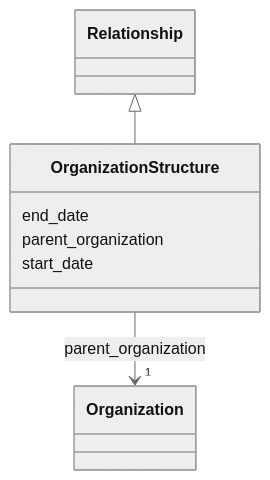
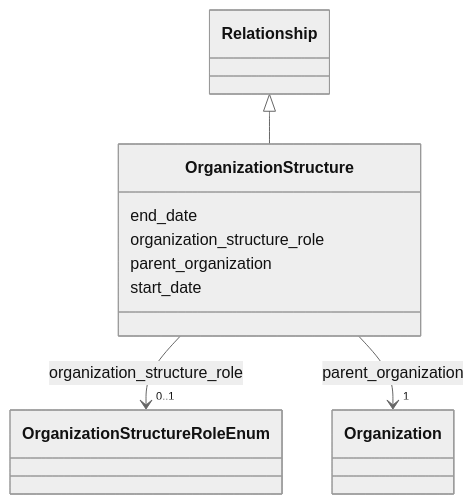
The diagram in docs/classes/OrganizationStructure.md (DARIAH-IL/idhi-manifests), drawn with Mermaid (neutral theme) before and after one commit. The commit also changed other lines of this file and 60 other files, not shown here.

````diff
--- a/docs/classes/OrganizationStructure.md
+++ b/docs/classes/OrganizationStructure.md
@@ -22,28 +22,41 @@
 ```mermaid
  classDiagram
     class OrganizationStructure
       Relationship <|-- OrganizationStructure
         click Relationship href "../../classes/Relationship/"
       
 
       
 
       OrganizationStructure : end_date
+        
+      OrganizationStructure : organization_structure_role
+        
+          
+    
+        
+        
+        OrganizationStructure --> "0..1" OrganizationStructureRoleEnum : organization_structure_role
+        
+        click OrganizationStructureRoleEnum href "../../enums/OrganizationStructureRoleEnum/"
+        
+    
+
         
       OrganizationStructure : parent_organization
         
           
     
         
         
         OrganizationStructure --> "1" Organization : parent_organization
         
         click Organization href "../../classes/Organization/"
         
     
 
         
       OrganizationStructure : start_date
         
       
 ```
````
